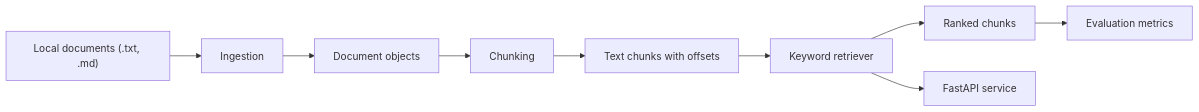
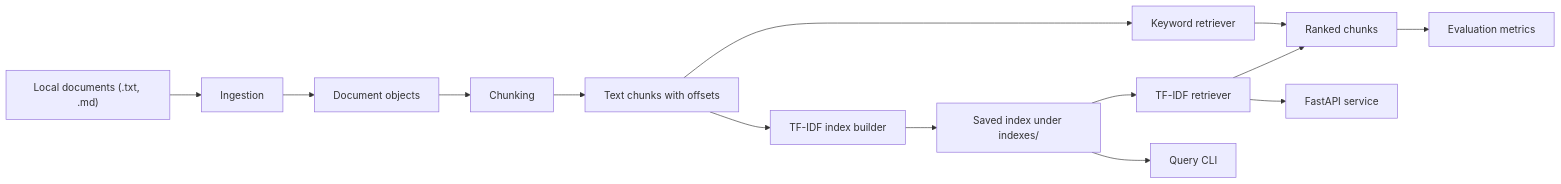
One commit to AmmarHafeez/document-intelligence-rag-platform changed the diagram in docs/architecture.md. Above: the diagram before and after it, drawn with Mermaid. The commit also changed other lines of this file and 18 other files, not shown here.

Commit message:
Add local TF-IDF retrieval index

````diff
--- a/docs/architecture.md
+++ b/docs/architecture.md
@@ -3,11 +3,16 @@
 ```mermaid
 flowchart LR
     A["Local documents (.txt, .md)"] --> B["Ingestion"]
     B --> C["Document objects"]
     C --> D["Chunking"]
     D --> E["Text chunks with offsets"]
     E --> F["Keyword retriever"]
-    F --> G["Ranked chunks"]
-    G --> H["Evaluation metrics"]
-    F --> I["FastAPI service"]
+    E --> G["TF-IDF index builder"]
+    G --> H["Saved index under indexes/"]
+    H --> I["TF-IDF retriever"]
+    F --> J["Ranked chunks"]
+    I --> J
+    J --> K["Evaluation metrics"]
+    I --> L["FastAPI service"]
+    H --> M["Query CLI"]
 ```
````
